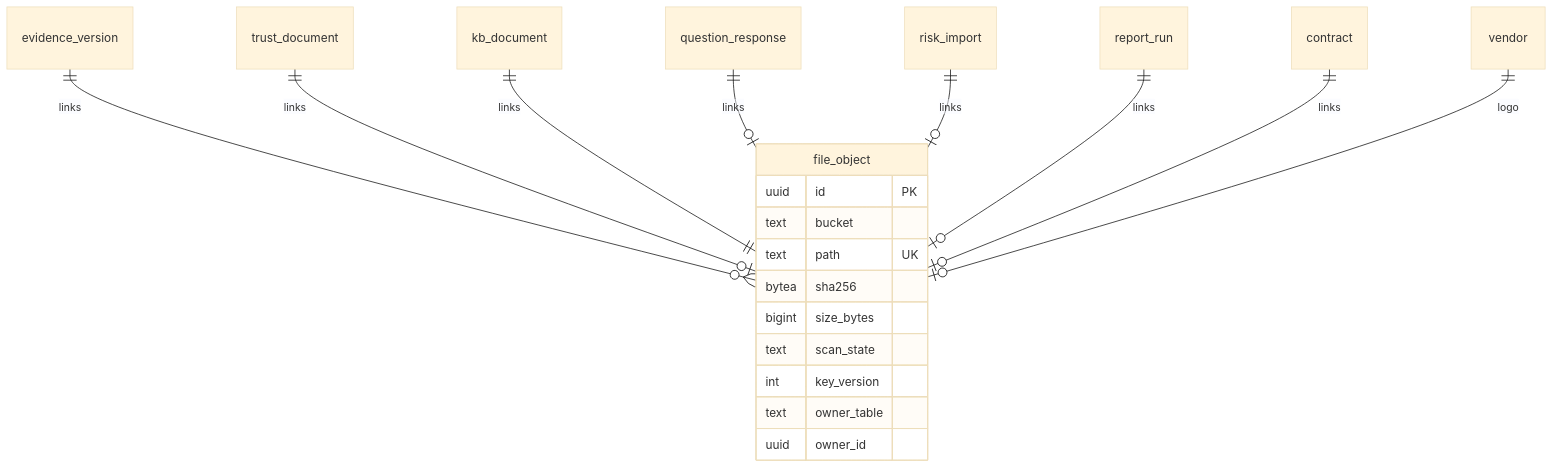
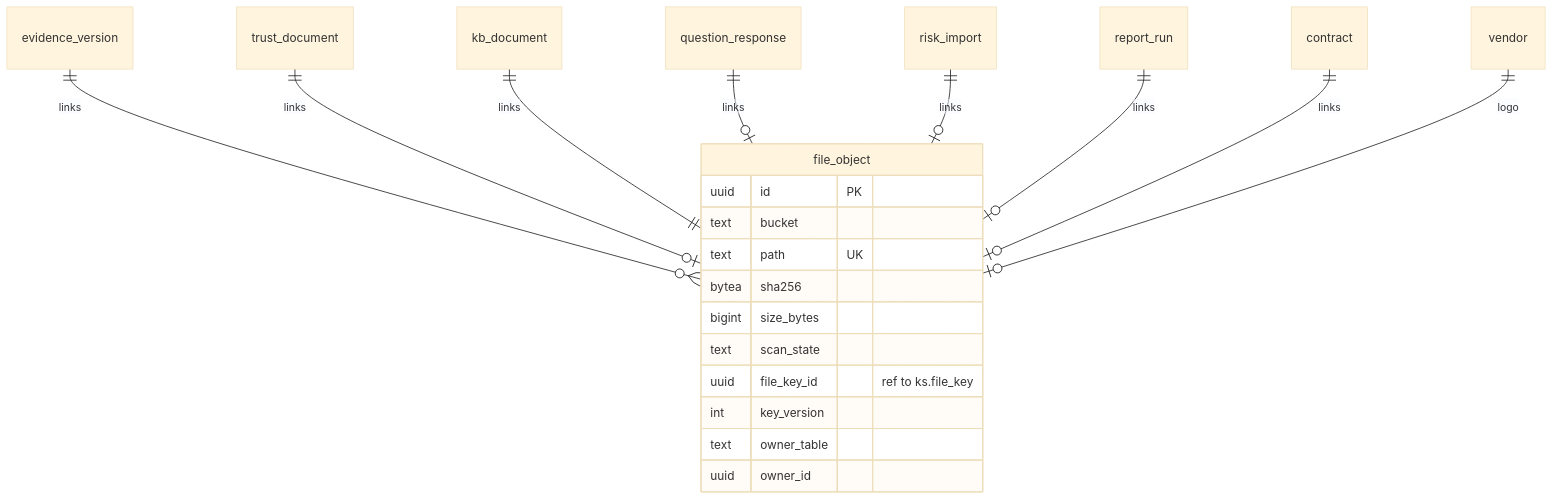
Diagram 23 of 27 in docs/architecture/backend-v2/phase2/2B-data-model.md (ShahidCS/Selvara), drawn with Mermaid (base theme) before and after one commit. The commit also changed other lines of this file and 8 other files, not shown here.

First line of the commit message:
docs(backend-v2): phase 3 revisions in progress (architecture, data model, registers)

````diff
--- a/docs/architecture/backend-v2/phase2/2B-data-model.md
+++ b/docs/architecture/backend-v2/phase2/2B-data-model.md
@@ -1678,22 +1689,23 @@
 ```mermaid
 erDiagram
   file_object {
     uuid id PK
     text bucket
     text path UK
     bytea sha256
     bigint size_bytes
     text scan_state
+    uuid file_key_id "ref to ks.file_key"
     int key_version
     text owner_table
     uuid owner_id
   }
   evidence_version ||--o{ file_object : links
   trust_document ||--o| file_object : links
   kb_document ||--|| file_object : links
   question_response ||--o| file_object : links
   risk_import ||--o| file_object : links
   report_run ||--o| file_object : links
   contract ||--o| file_object : links
   vendor ||--o| file_object : "logo"
 ```
````
